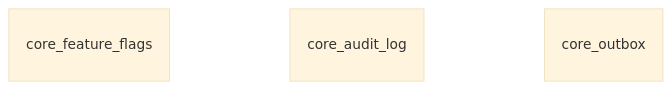
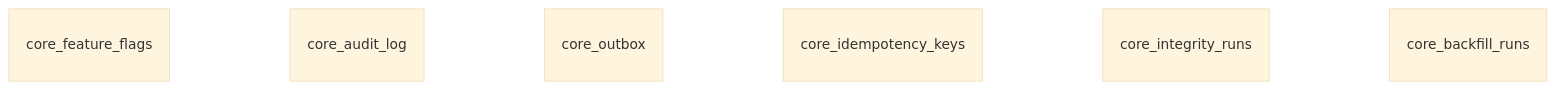
One commit to sahaainfra/ERP_SAP-CLS changed the diagram in docs/erp/DISCOVERY/DB_CATALOGUE.md. Above: the diagram before and after it, drawn with Mermaid (base theme). The commit also changed other lines of this file and 65 other files, not shown here.

First line of the commit message:
P01.02: database foundation, migration framework and data integrity (module core)

````diff
--- a/docs/erp/DISCOVERY/DB_CATALOGUE.md
+++ b/docs/erp/DISCOVERY/DB_CATALOGUE.md
@@ -28,6 +38,9 @@
 ```mermaid
 erDiagram
   core_feature_flags
   core_audit_log
   core_outbox
+  core_idempotency_keys
+  core_integrity_runs
+  core_backfill_runs
 ```
````
